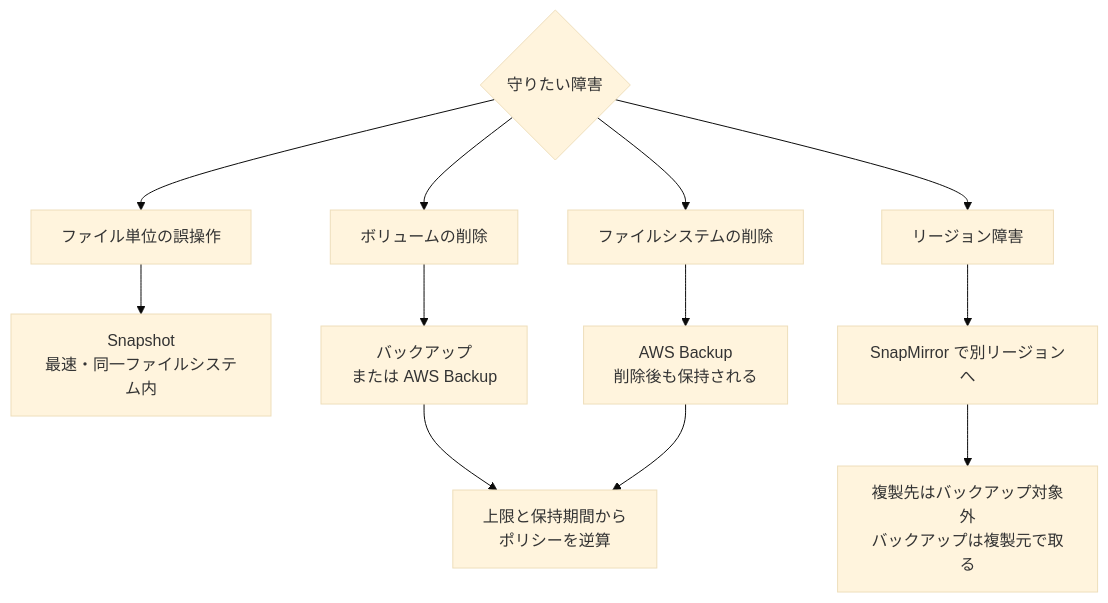
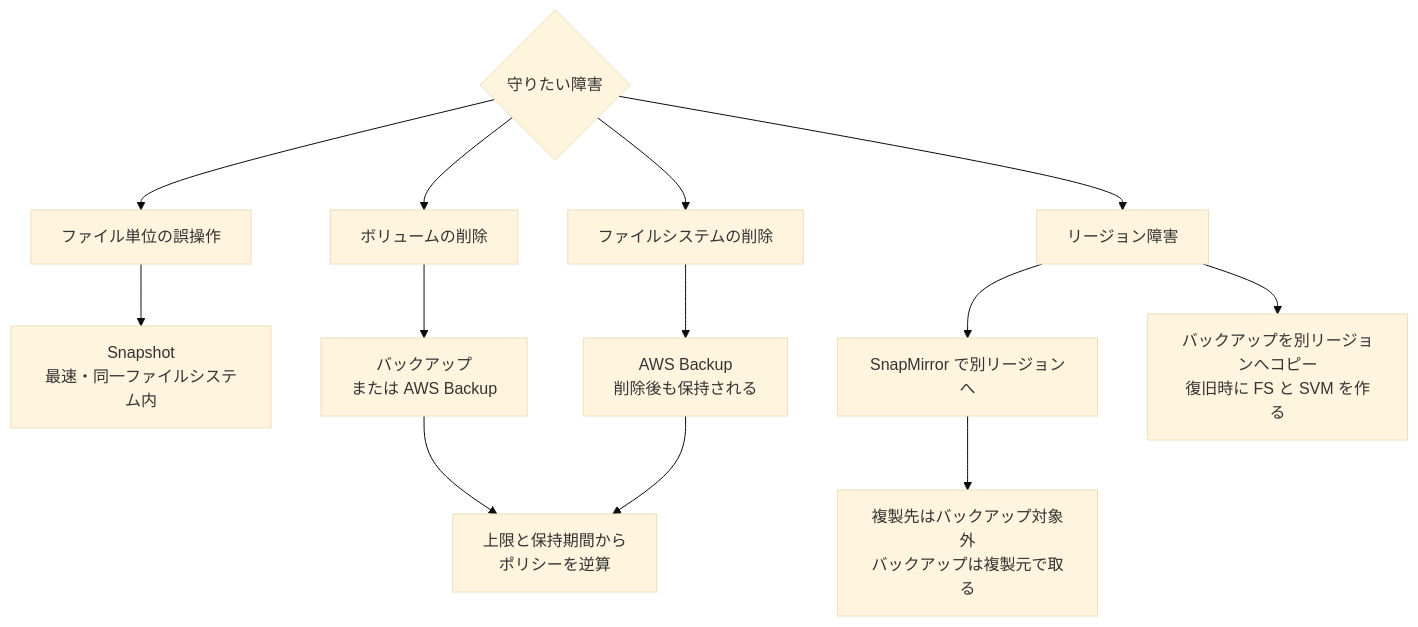
Before and after one commit to Yoshiki0705/FSx-for-ONTAP-Adoption-Playbook: the diagram in docs/ja/domains/data-protection/notes/snapshots-are-not-a-recovery-plan.md, drawn with Mermaid (base theme). The commit also changed other lines of this file and 12 other files, not shown here.

````diff
--- a/docs/ja/domains/data-protection/notes/snapshots-are-not-a-recovery-plan.md
+++ b/docs/ja/domains/data-protection/notes/snapshots-are-not-a-recovery-plan.md
@@ -152,16 +152,17 @@
 ```mermaid
 graph TD
     Q{守りたい障害} --> F[ファイル単位の誤操作]
     Q --> V[ボリュームの削除]
     Q --> FS[ファイルシステムの削除]
     Q --> R[リージョン障害]
 
     F --> F1[Snapshot<br/>最速・同一ファイルシステム内]
     V --> V1[バックアップ<br/>または AWS Backup]
     FS --> FS1[AWS Backup<br/>削除後も保持される]
     R --> R1[SnapMirror で別リージョンへ]
+    R --> R2["バックアップを別リージョンへコピー<br/>復旧時に FS と SVM を作る"]
 
     R1 --> WARN[複製先はバックアップ対象外<br/>バックアップは複製元で取る]
     V1 --> RET[上限と保持期間から<br/>ポリシーを逆算]
     FS1 --> RET
 ```
````
